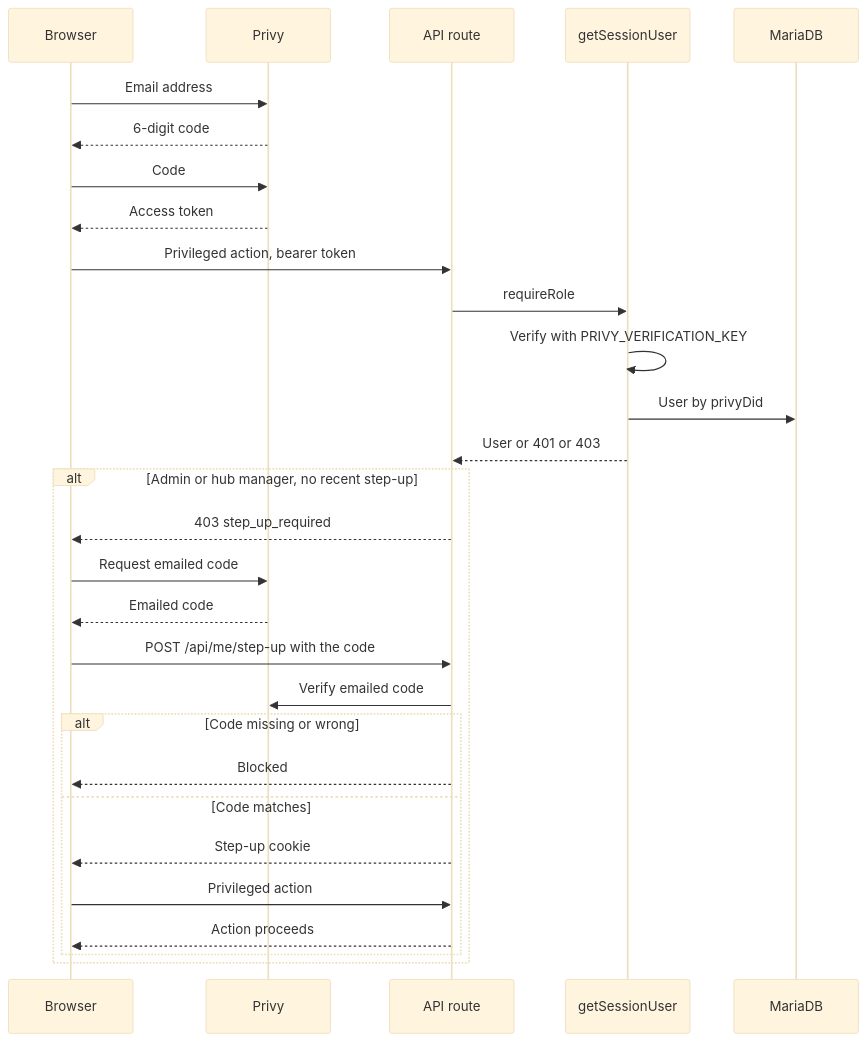
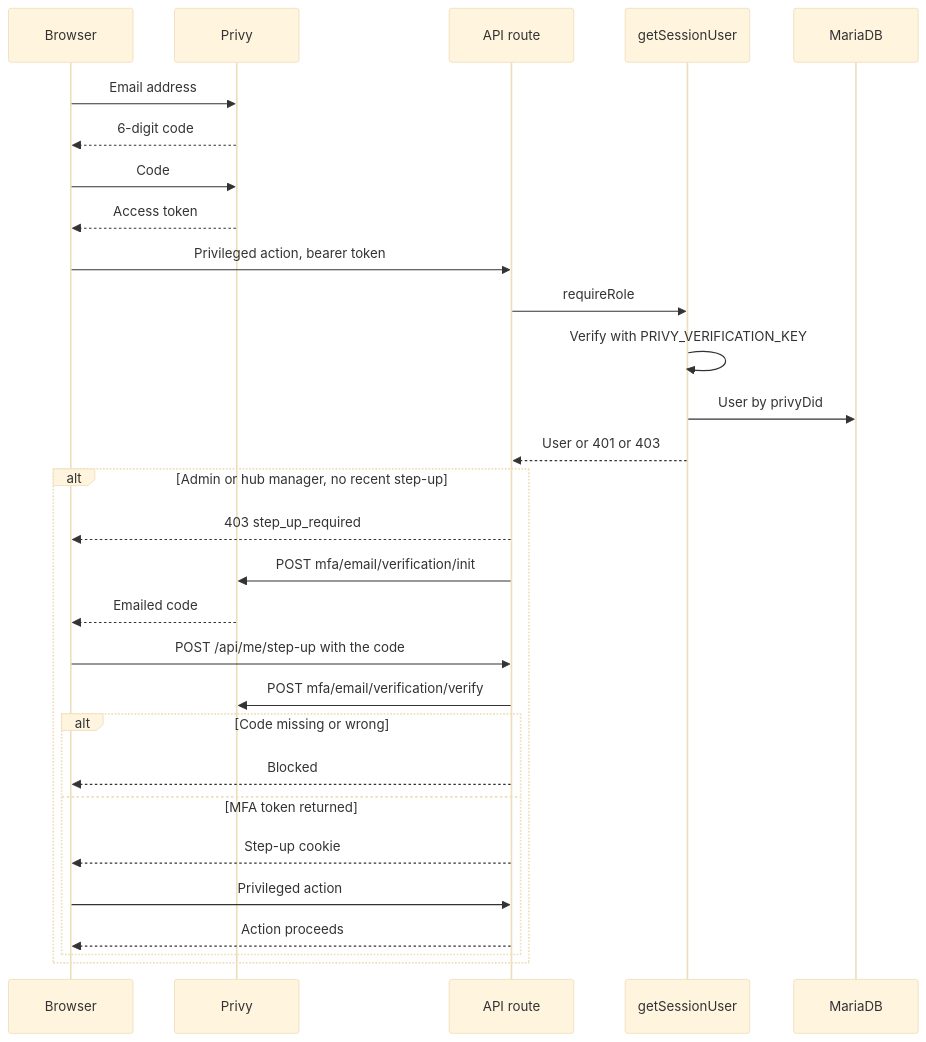
The second of 4 diagrams in docs/architecture/data-flow.md (christex-foundation/future-of-work), drawn with Mermaid (base theme) before and after one commit. The commit also changed other lines of this file and 2 other files, not shown here.

Commit message:
docs: verify the step-up with Privy's email MFA route
The login code stays in the browser. The server checks the
step-up code with Privy's email MFA verify endpoint, and the
hour row is AUT-10 24 to 8 with a section 2 net of -72.

````diff
--- a/docs/architecture/data-flow.md
+++ b/docs/architecture/data-flow.md
@@ -38,31 +38,31 @@
 ```mermaid
 sequenceDiagram
   participant Browser
   participant Privy
   participant API as API route
   participant Session as getSessionUser
   participant DB as MariaDB
   Browser->>Privy: Email address
   Privy-->>Browser: 6-digit code
   Browser->>Privy: Code
   Privy-->>Browser: Access token
   Browser->>API: Privileged action, bearer token
   API->>Session: requireRole
   Session->>Session: Verify with PRIVY_VERIFICATION_KEY
   Session->>DB: User by privyDid
   Session-->>API: User or 401 or 403
   alt Admin or hub manager, no recent step-up
     API-->>Browser: 403 step_up_required
-    Browser->>Privy: Request emailed code
+    API->>Privy: POST mfa/email/verification/init
     Privy-->>Browser: Emailed code
     Browser->>API: POST /api/me/step-up with the code
-    API->>Privy: Verify emailed code
+    API->>Privy: POST mfa/email/verification/verify
     alt Code missing or wrong
       API-->>Browser: Blocked
-    else Code matches
+    else MFA token returned
       API-->>Browser: Step-up cookie
       Browser->>API: Privileged action
       API-->>Browser: Action proceeds
     end
   end
 ```
````
